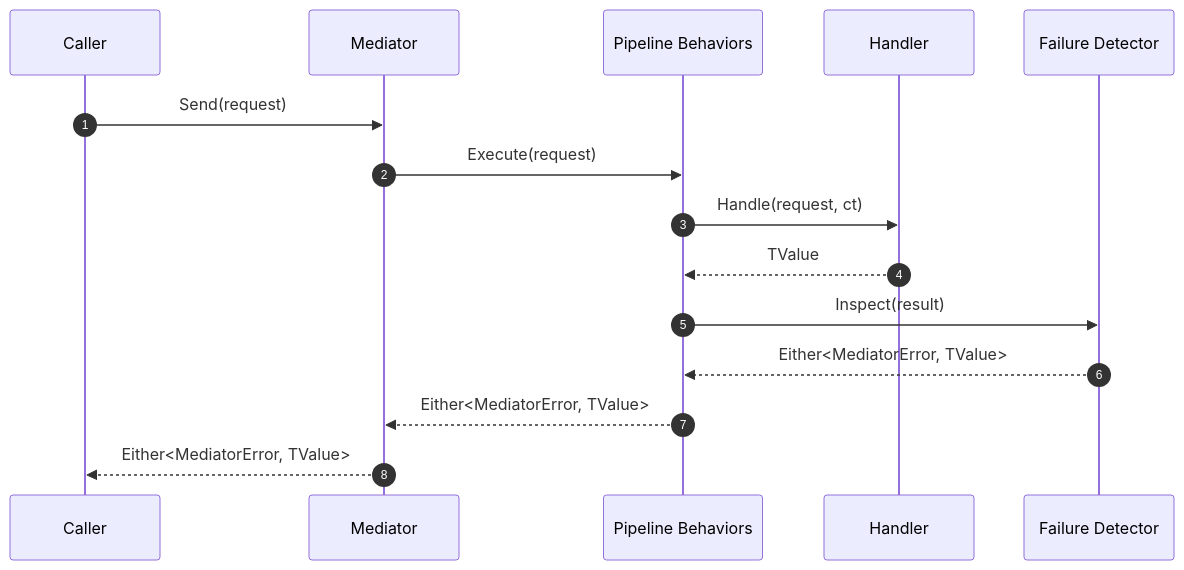
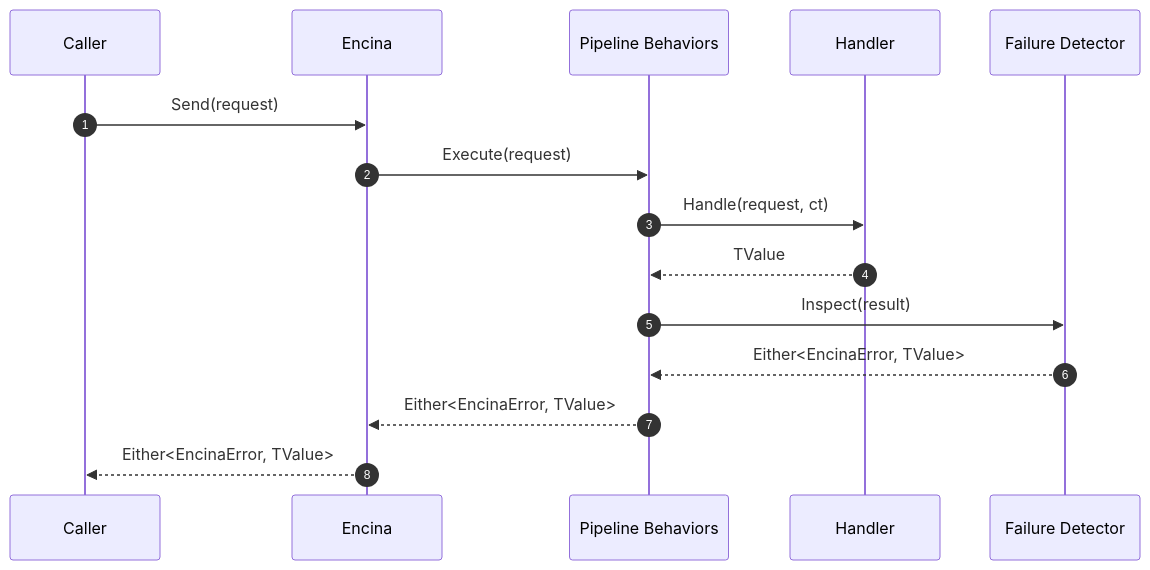
Before and after one commit to dlrivada/Encina: the diagram in README.md, drawn with Mermaid. The commit also changed other lines of this file and 394 other files, not shown here.

First line of the commit message:
refactor: complete Mediator to Encina renaming across entire codebase

````diff
--- a/README.md
+++ b/README.md
@@ -291,18 +291,18 @@
 ```mermaid
 sequenceDiagram
     autonumber
     participant Caller
-    participant Mediator
+    participant Encina
     participant Pipeline as Pipeline Behaviors
     participant Handler
     participant FailureDetector as Failure Detector
 
-    Caller->>Mediator: Send(request)
-    Mediator->>Pipeline: Execute(request)
+    Caller->>Encina: Send(request)
+    Encina->>Pipeline: Execute(request)
     Pipeline->>Handler: Handle(request, ct)
     Handler-->>Pipeline: TValue
     Pipeline->>FailureDetector: Inspect(result)
-    FailureDetector-->>Pipeline: Either<MediatorError, TValue>
-    Pipeline-->>Mediator: Either<MediatorError, TValue>
-    Mediator-->>Caller: Either<MediatorError, TValue>
+    FailureDetector-->>Pipeline: Either<EncinaError, TValue>
+    Pipeline-->>Encina: Either<EncinaError, TValue>
+    Encina-->>Caller: Either<EncinaError, TValue>
 ```
````
